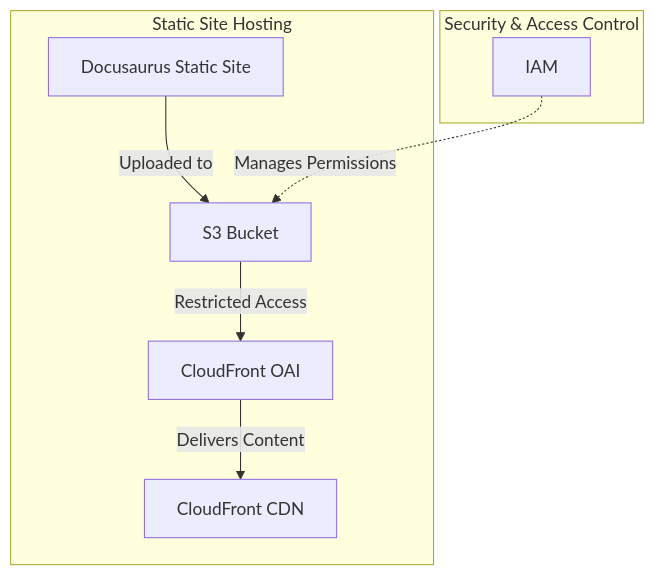
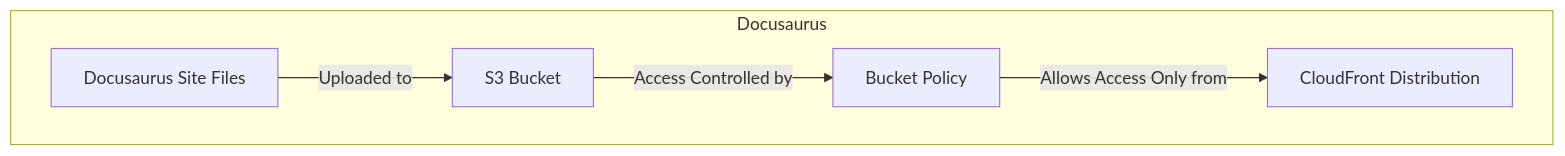
The diagram in infrastructure/modules/docusaurus-s3/docusaurus-s3.md (Jan-IngenHousz-Institute/open-jii), drawn with Mermaid before and after one commit. The commit also changed other lines of this file and 11 other files, not shown here.

Commit message:
feat(infrastructure): switches cloudfront distribution from OAI (legacy) to OAC

````diff
--- a/infrastructure/modules/docusaurus-s3/docusaurus-s3.md
+++ b/infrastructure/modules/docusaurus-s3/docusaurus-s3.md
@@ -9,12 +9,8 @@
 ```mermaid
 graph TD;
-    subgraph "Static Site Hosting"
-        A[Docusaurus Static Site] -->|Uploaded to| B[S3 Bucket];
-        B -->|Restricted Access| C[CloudFront OAI];
-        C -->|Delivers Content| D[CloudFront CDN];
-    end
-    subgraph "Security & Access Control"
-        E[IAM];
-        E -.->|Manages Permissions| B;
+    subgraph "Docusaurus"
+        A[Docusaurus Site Files] -->|Uploaded to| B[S3 Bucket];
+        B -->|Access Controlled by| C[Bucket Policy];
+        C -->|Allows Access Only from| D[CloudFront Distribution];
     end
 ```
````
